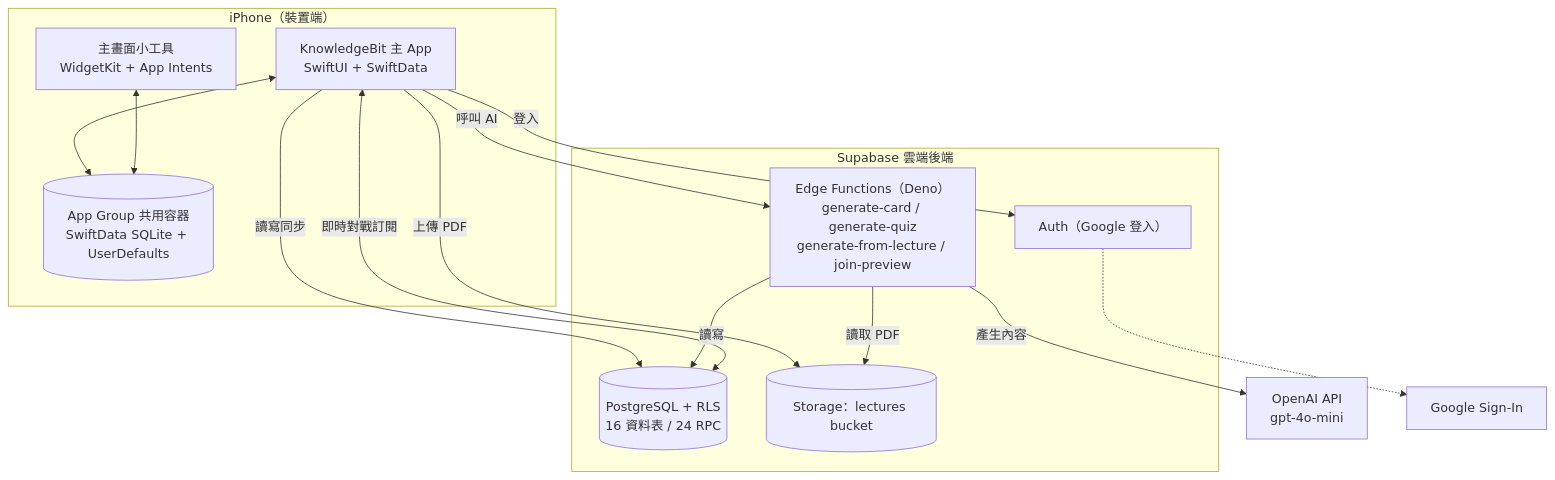
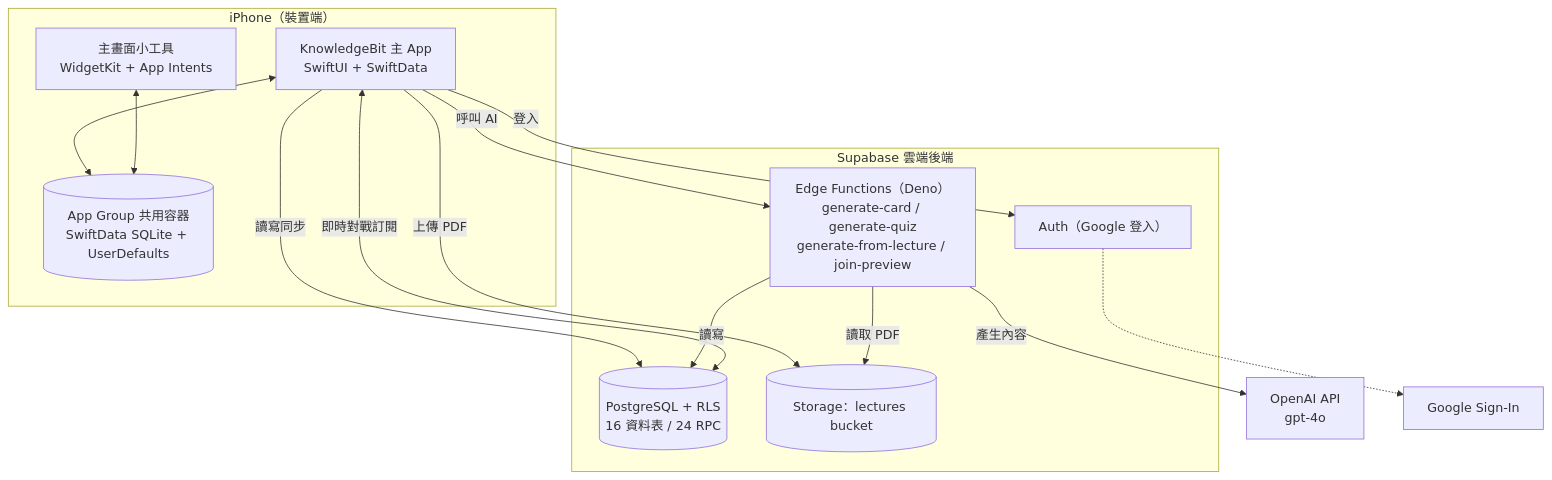
One commit to JustinLu090/KnowledgeBit changed the first of 2 diagrams in 競賽報告.md. Above: the diagram before and after it, drawn with Mermaid. The commit also changed other lines of this file and 8 other files, not shown here.

````diff
--- a/競賽報告.md
+++ b/競賽報告.md
@@ -170,30 +162,30 @@
 ```mermaid
 graph TD
     subgraph Device["iPhone（裝置端）"]
         APP["KnowledgeBit 主 App<br/>SwiftUI + SwiftData"]
         WIDGET["主畫面小工具<br/>WidgetKit + App Intents"]
         AG[("App Group 共用容器<br/>SwiftData SQLite + UserDefaults")]
         APP <--> AG
         WIDGET <--> AG
     end
 
     subgraph Supabase["Supabase 雲端後端"]
         AUTH["Auth（Google 登入）"]
         DB[("PostgreSQL + RLS<br/>16 資料表 / 24 RPC")]
         EF["Edge Functions（Deno）<br/>generate-card / generate-quiz<br/>generate-from-lecture / join-preview"]
         ST[("Storage：lectures bucket")]
     end
 
-    OPENAI["OpenAI API<br/>gpt-4o-mini"]
+    OPENAI["OpenAI API<br/>gpt-4o"]
     GOOGLE["Google Sign-In"]
 
     APP -->|登入| AUTH
     AUTH -.-> GOOGLE
     APP -->|讀寫同步| DB
     APP -->|上傳 PDF| ST
     APP -->|呼叫 AI| EF
     EF -->|產生內容| OPENAI
     EF -->|讀寫| DB
     EF -->|讀取 PDF| ST
     DB <-->|即時對戰訂閱| APP
 ```
````
